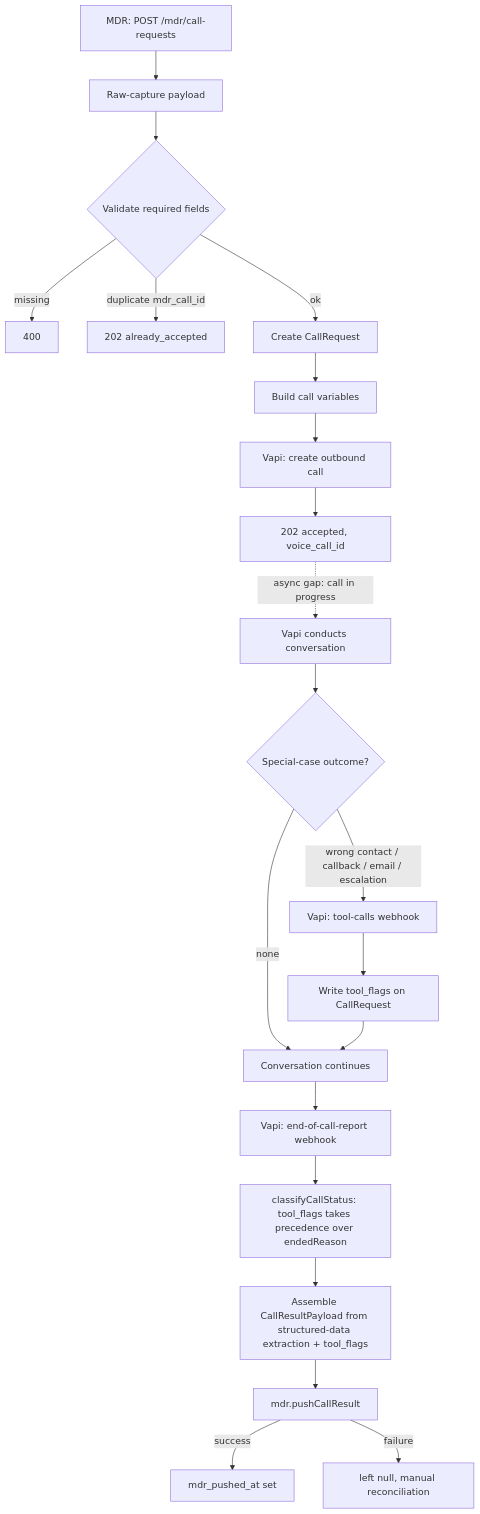
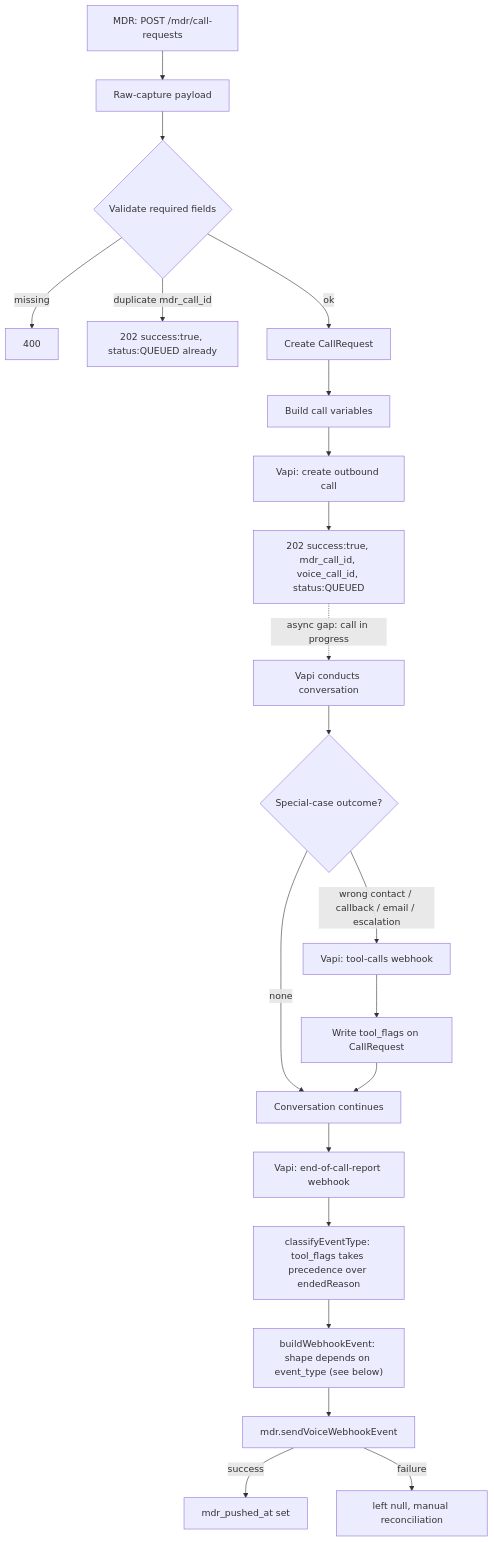
Before and after one commit to premvishwakarma95/shipment-tracking-agent: the diagram in docs/call-flow.md, drawn with Mermaid. The commit also changed other lines of this file and 18 other files, not shown here.

First line of the commit message:
Align contract with MDR's confirmed Voice API Integration Guide

````diff
--- a/docs/call-flow.md
+++ b/docs/call-flow.md
@@ -3,25 +3,25 @@
 ```mermaid
 flowchart TD
     A[MDR: POST /mdr/call-requests] --> B[Raw-capture payload]
     B --> C{Validate required fields}
     C -- missing --> C1[400]
-    C -- duplicate mdr_call_id --> C2[202 already_accepted]
+    C -- duplicate mdr_call_id --> C2["202 success:true, status:QUEUED already"]
     C -- ok --> D[Create CallRequest]
     D --> E[Build call variables]
     E --> F[Vapi: create outbound call]
-    F --> G[202 accepted, voice_call_id]
+    F --> G["202 success:true, mdr_call_id, voice_call_id, status:QUEUED"]
 
     G -.async gap: call in progress.-> H[Vapi conducts conversation]
     H --> I{Special-case outcome?}
     I -- wrong contact / callback / email / escalation --> J[Vapi: tool-calls webhook]
     J --> K[Write tool_flags on CallRequest]
     I -- none --> L[Conversation continues]
     K --> L
 
     L --> M[Vapi: end-of-call-report webhook]
-    M --> N[classifyCallStatus: tool_flags takes precedence over endedReason]
-    N --> O[Assemble CallResultPayload from structured-data extraction + tool_flags]
-    O --> P[mdr.pushCallResult]
+    M --> N[classifyEventType: tool_flags takes precedence over endedReason]
+    N --> O["buildWebhookEvent: shape depends on event_type (see below)"]
+    O --> P[mdr.sendVoiceWebhookEvent]
     P -- success --> Q[mdr_pushed_at set]
     P -- failure --> R[left null, manual reconciliation]
 ```
````
